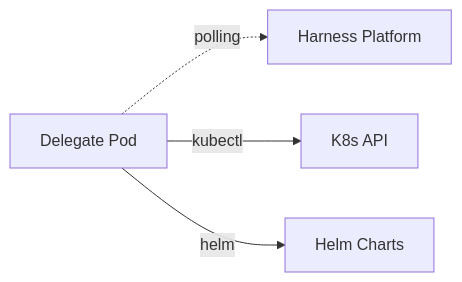
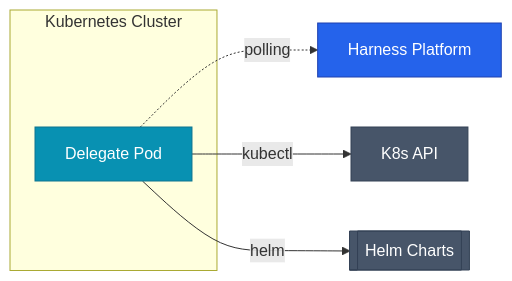
One commit to No1Joon/No1Joon.github.io changed the diagram in _posts/2026-04-08-harness-02-setup.md. Above: the diagram before and after it, drawn with Mermaid. The commit also changed 1 other file, not shown here.

Commit message:
Harness 01·02 다이어그램에 색상 클래스와 subgraph 적용

````diff
--- a/_posts/2026-04-08-harness-02-setup.md
+++ b/_posts/2026-04-08-harness-02-setup.md
@@ -17,10 +17,21 @@
 ```mermaid
 flowchart LR
     P["Harness Platform"]
-    D["Delegate Pod"]
+    subgraph cluster["Kubernetes Cluster"]
+        D["Delegate Pod"]
+    end
     K["K8s API"]
-    H["Helm Charts"]
+    H[["Helm Charts"]]
+
     D -. polling .-> P
     D -->|kubectl| K
     D -->|helm| H
+
+    classDef primary fill:#2563eb,stroke:#1e40af,color:#ffffff
+    classDef info fill:#0891b2,stroke:#0e7490,color:#ffffff
+    classDef neutral fill:#475569,stroke:#334155,color:#ffffff
+
+    class P primary
+    class D info
+    class K,H neutral
 ```
````
